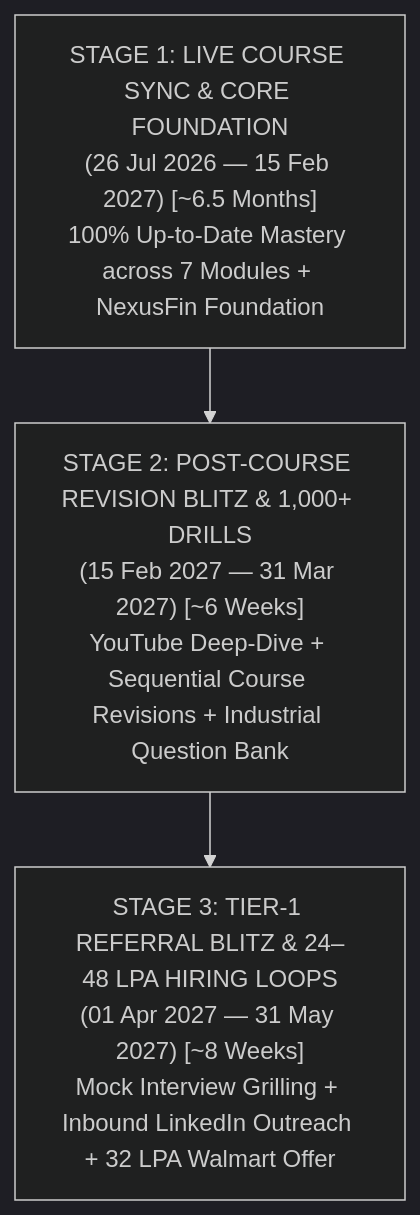
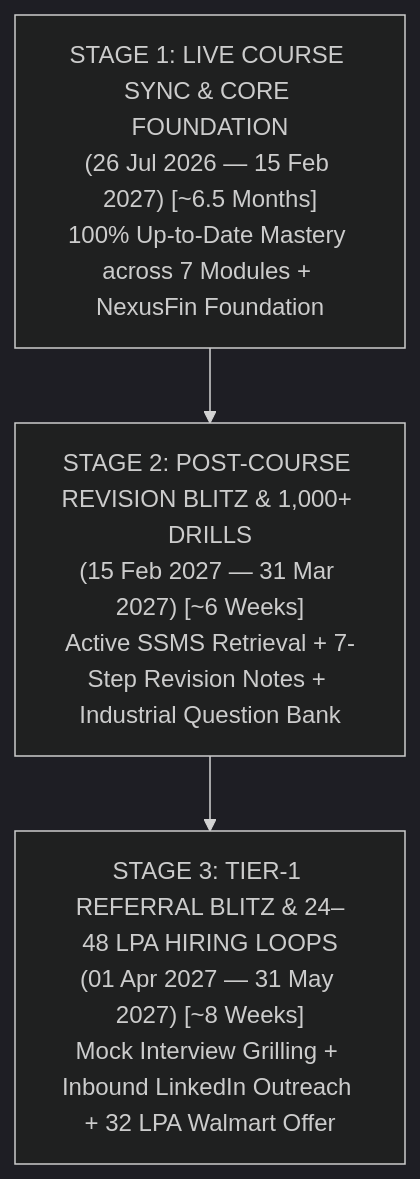
Before and after one commit to arpit-m-bangre/Data-Engineering-Master-Course: the diagram in EXTRA_MAGICAL_FILES/10_PLUS_REVISION_AND_PLACEMENT_BLUEPRINT.md, drawn with Mermaid (dark theme). The commit also changed other lines of this file and 4 other files, not shown here.

Commit message:
docs(system): lock 100% active SSMS workspace revision standard across all blueprints

````diff
--- a/EXTRA_MAGICAL_FILES/10_PLUS_REVISION_AND_PLACEMENT_BLUEPRINT.md
+++ b/EXTRA_MAGICAL_FILES/10_PLUS_REVISION_AND_PLACEMENT_BLUEPRINT.md
@@ -62,8 +62,8 @@
 ```mermaid
 flowchart TD
     S1["STAGE 1: LIVE COURSE SYNC & CORE FOUNDATION\n(26 Jul 2026 — 15 Feb 2027) [~6.5 Months]\n100% Up-to-Date Mastery across 7 Modules + NexusFin Foundation"]
-    S2["STAGE 2: POST-COURSE REVISION BLITZ & 1,000+ DRILLS\n(15 Feb 2027 — 31 Mar 2027) [~6 Weeks]\nYouTube Deep-Dive + Sequential Course Revisions + Industrial Question Bank"]
+    S2["STAGE 2: POST-COURSE REVISION BLITZ & 1,000+ DRILLS\n(15 Feb 2027 — 31 Mar 2027) [~6 Weeks]\nActive SSMS Retrieval + 7-Step Revision Notes + Industrial Question Bank"]
     S3["STAGE 3: TIER-1 REFERRAL BLITZ & 24–48 LPA HIRING LOOPS\n(01 Apr 2027 — 31 May 2027) [~8 Weeks]\nMock Interview Grilling + Inbound LinkedIn Outreach + 32 LPA Walmart Offer"]
 
     S1 --> S2 --> S3
 ```
````
